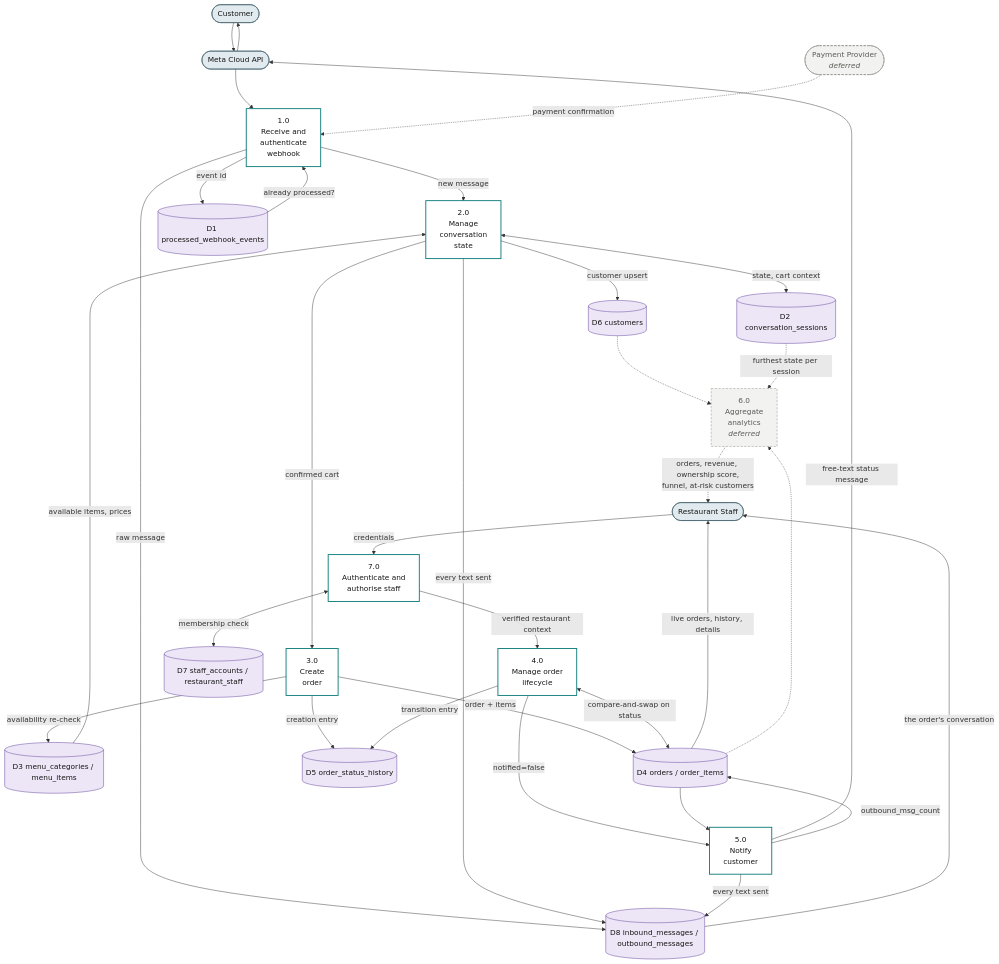
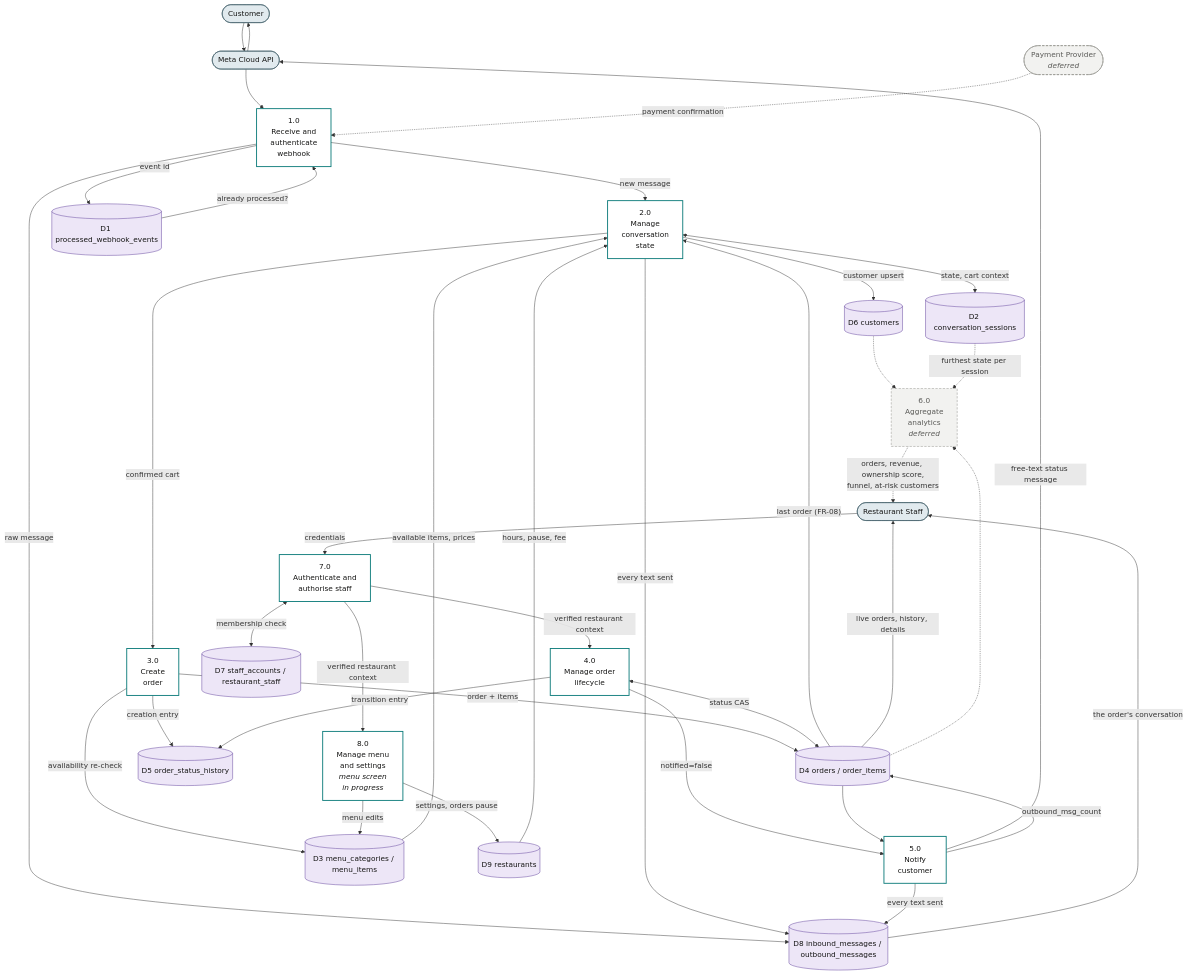
One commit to mozz-labs/sufria changed the diagram in docs/diagrams/11-dfd-level1.mmd. Above: the diagram before and after it, drawn with Mermaid. The commit also changed 37 other files, not shown here.

First line of the commit message:
docs(wip): Chapter 3 v1.2 diagrams — all rendered, FR-08, FR-28 and menu as built

```diff
--- a/docs/diagrams/11-dfd-level1.mmd
+++ b/docs/diagrams/11-dfd-level1.mmd
@@ -1,64 +1,71 @@
 flowchart TB
     classDef ext fill:#E1EAEE,stroke:#35555F,color:#161615
     classDef proc fill:#FFFFFF,stroke:#0E7C7B,stroke-width:2px,color:#161615
     classDef store fill:#EDE6F7,stroke:#5B3A99,color:#161615
     classDef defer fill:#F2F2F0,stroke:#8A8A85,stroke-width:1px,stroke-dasharray:5 3,color:#5A5A57
 
     CUST(["Customer"]):::ext
     STAFF(["Restaurant Staff"]):::ext
     META(["Meta Cloud API"]):::ext
     PAY(["Payment Provider<br/><i>deferred</i>"]):::defer
 
     P1["1.0<br/>Receive and<br/>authenticate<br/>webhook"]:::proc
     P2["2.0<br/>Manage<br/>conversation<br/>state"]:::proc
     P3["3.0<br/>Create<br/>order"]:::proc
     P4["4.0<br/>Manage order<br/>lifecycle"]:::proc
     P5["5.0<br/>Notify<br/>customer"]:::proc
     P6["6.0<br/>Aggregate<br/>analytics<br/><i>deferred</i>"]:::defer
     P7["7.0<br/>Authenticate and<br/>authorise staff"]:::proc
+    P8["8.0<br/>Manage menu<br/>and settings<br/><i>menu screen<br/>in progress</i>"]:::proc
 
     D1[("D1 processed_webhook_events")]:::store
     D2[("D2 conversation_sessions")]:::store
     D3[("D3 menu_categories / menu_items")]:::store
     D4[("D4 orders / order_items")]:::store
     D5[("D5 order_status_history")]:::store
     D6[("D6 customers")]:::store
     D7[("D7 staff_accounts / restaurant_staff")]:::store
     D8[("D8 inbound_messages / outbound_messages")]:::store
+    D9[("D9 restaurants")]:::store
 
     CUST --> META --> P1
     PAY -.->|"payment confirmation"| P1
     P1 -->|"event id"| D1
     D1 -->|"already processed?"| P1
     P1 -->|"new message"| P2
     P1 -->|"raw message"| D8
 
     P2 <-->|"state, cart context"| D2
     P2 -->|"customer upsert"| D6
     D3 -->|"available items, prices"| P2
     P2 -->|"confirmed cart"| P3
+    D9 -->|"hours, pause, fee"| P2
+    D4 -->|"last order (FR-08)"| P2
 
     P3 -->|"availability re-check"| D3
     P3 -->|"order + items"| D4
     P3 -->|"creation entry"| D5
 
     STAFF -->|"credentials"| P7
     P7 <-->|"membership check"| D7
     P7 -->|"verified restaurant context"| P4
+    P7 --->|"verified restaurant context"| P8
+    P8 -->|"menu edits"| D3
+    P8 -->|"settings, orders pause"| D9
 
-    P4 <-->|"compare-and-swap on status"| D4
+    P4 <-->|"status CAS"| D4
     P4 -->|"transition entry"| D5
     D4 -->|"live orders, history, details"| STAFF
     D8 -->|"the order's conversation"| STAFF
 
     P4 -->|"notified=false"| P5
     D4 --> P5
     P5 -->|"free-text status message"| META --> CUST
     P5 -->|"outbound_msg_count"| D4
     P2 -->|"every text sent"| D8
     P5 -->|"every text sent"| D8
 
     D4 -.-> P6
     D6 -.-> P6
     D2 -.->|"furthest state per session"| P6
     P6 -.->|"orders, revenue, ownership score,<br/>funnel, at-risk customers"| STAFF
```
